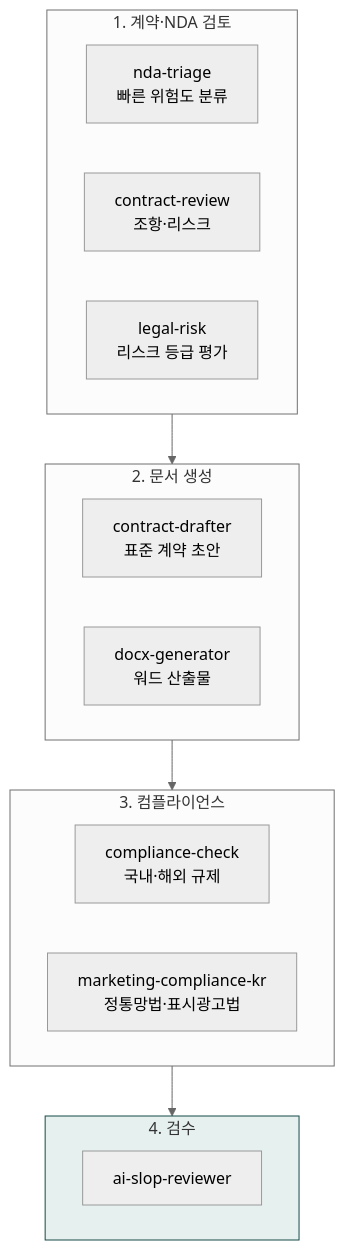
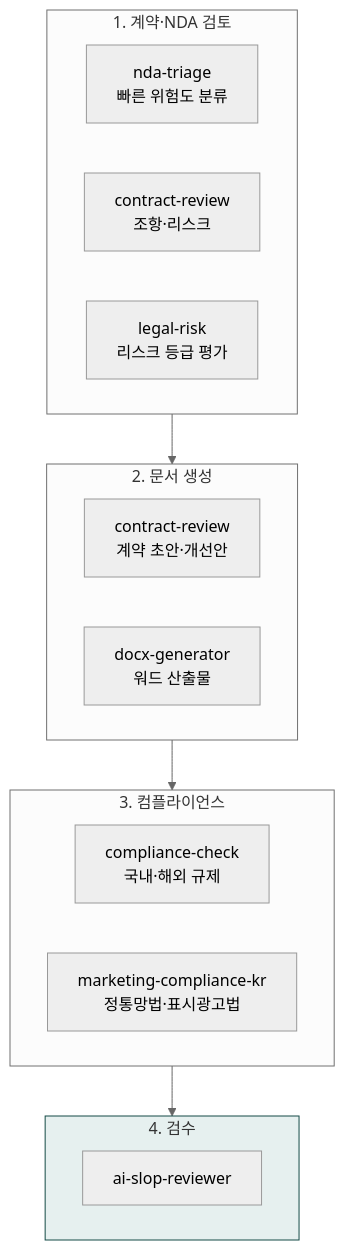
The diagram in content/cookbook/tracks/track-legal.md (modu-ai/claude), drawn with Mermaid (neutral theme) before and after one commit. The commit also changed other lines of this file and 84 other files, not shown here.

First line of the commit message:
docs(docs-site): drawio → mermaid 전환 + 카운트 정정 + drawio 잔재 제거 (v2.23.0)

````diff
--- a/content/cookbook/tracks/track-legal.md
+++ b/content/cookbook/tracks/track-legal.md
@@ -14,21 +14,21 @@
 ```mermaid
 flowchart TD
     subgraph 검토["1. 계약·NDA 검토"]
         A1["nda-triage<br/>빠른 위험도 분류"]
         A2["contract-review<br/>조항·리스크"]
         A3["legal-risk<br/>리스크 등급 평가"]
     end
     subgraph 생성["2. 문서 생성"]
-        B1["contract-drafter<br/>표준 계약 초안"]
+        B1["contract-review<br/>계약 초안·개선안"]
         B2["docx-generator<br/>워드 산출물"]
     end
     subgraph 규제["3. 컴플라이언스"]
         C1["compliance-check<br/>국내·해외 규제"]
         C2["marketing-compliance-kr<br/>정통망법·표시광고법"]
     end
     subgraph 검수["4. 검수"]
         D1["ai-slop-reviewer"]
     end
     검토 --> 생성 --> 규제 --> 검수
     style 검수 fill:#e6f0ef,stroke:#144a46
 ```
````
